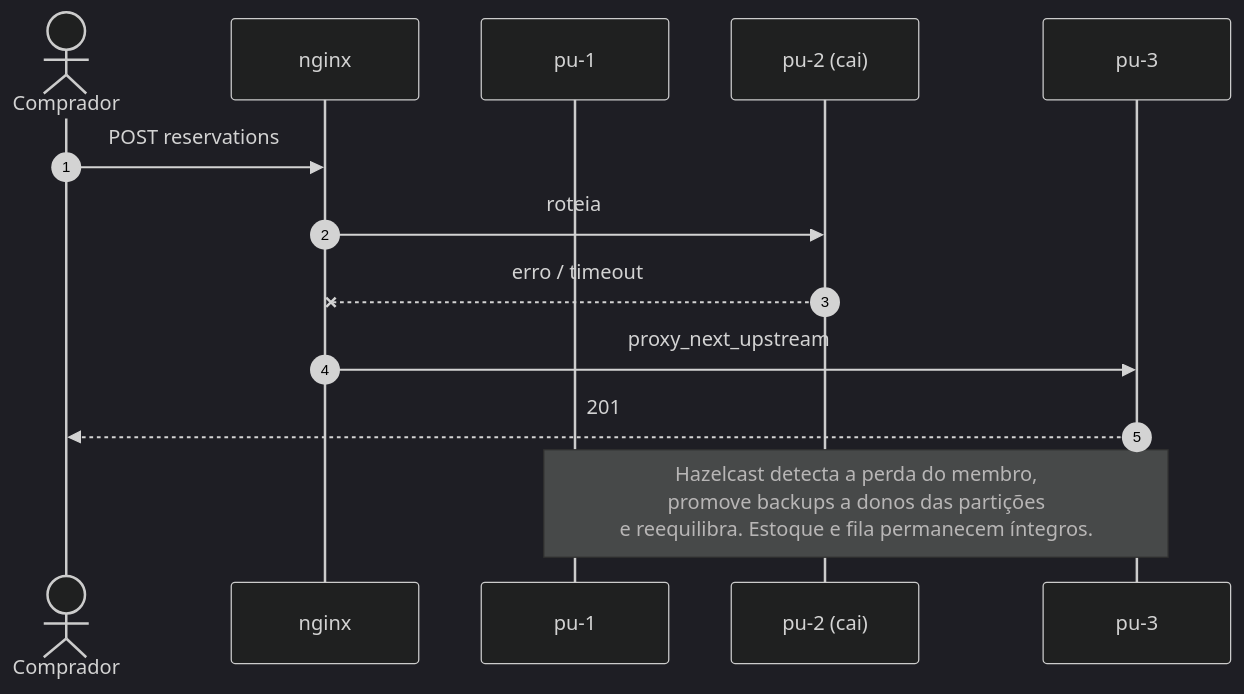
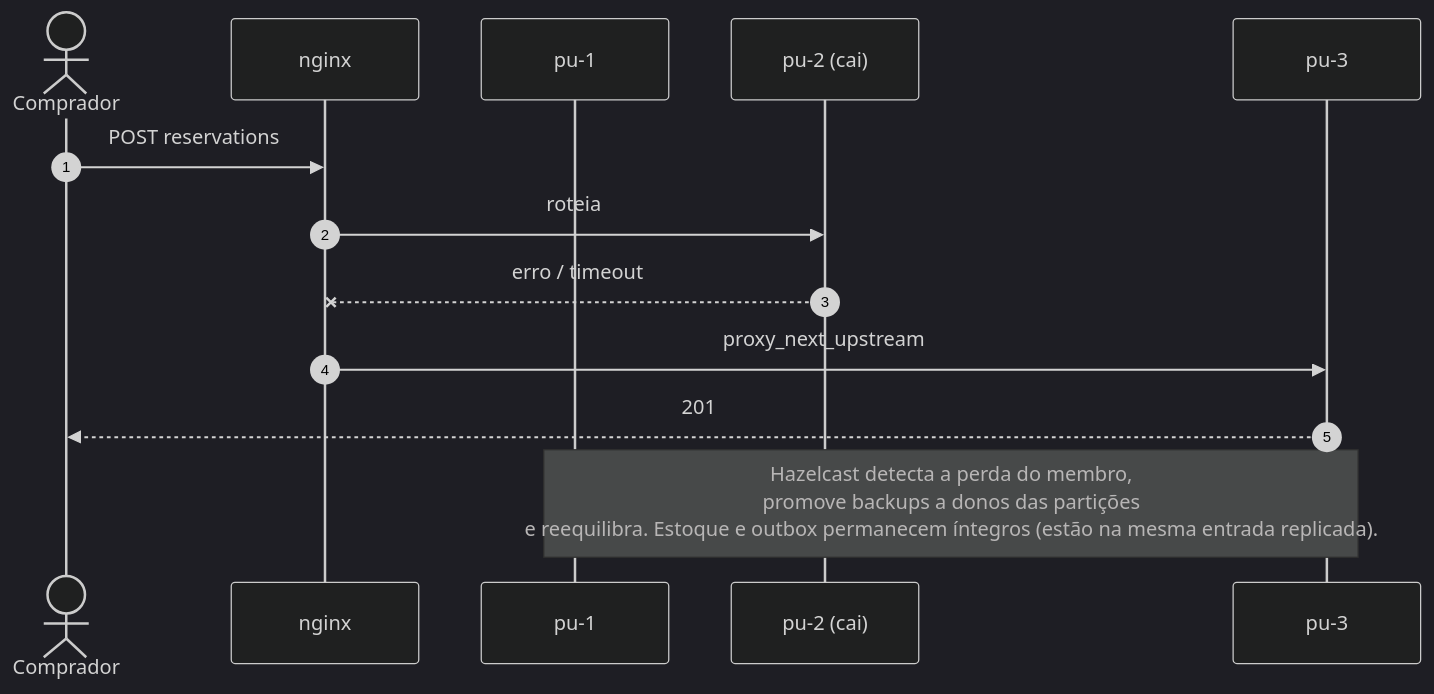
One commit to diovanibmotta/software-architecture-styles-lab changed the fifth of 6 diagrams in space-based-architecture/docs/03-arquitetura-da-implementacao.md. Above: the diagram before and after it, drawn with Mermaid (dark theme). The commit also changed other lines of this file and 16 other files, not shown here.

````diff
--- a/space-based-architecture/docs/03-arquitetura-da-implementacao.md
+++ b/space-based-architecture/docs/03-arquitetura-da-implementacao.md
@@ -141,16 +147,16 @@
 ```mermaid
 sequenceDiagram
     autonumber
     actor B as Comprador
     participant N as nginx
     participant P1 as pu-1
     participant P2 as pu-2 (cai)
     participant P3 as pu-3
 
     B->>N: POST reservations
     N->>P2: roteia
     P2--xN: erro / timeout
     N->>P3: proxy_next_upstream
     P3-->>B: 201
-    Note over P1,P3: Hazelcast detecta a perda do membro,<br/>promove backups a donos das partições<br/>e reequilibra. Estoque e fila permanecem íntegros.
+    Note over P1,P3: Hazelcast detecta a perda do membro,<br/>promove backups a donos das partições<br/>e reequilibra. Estoque e outbox permanecem íntegros (estão na mesma entrada replicada).
 ```
````
